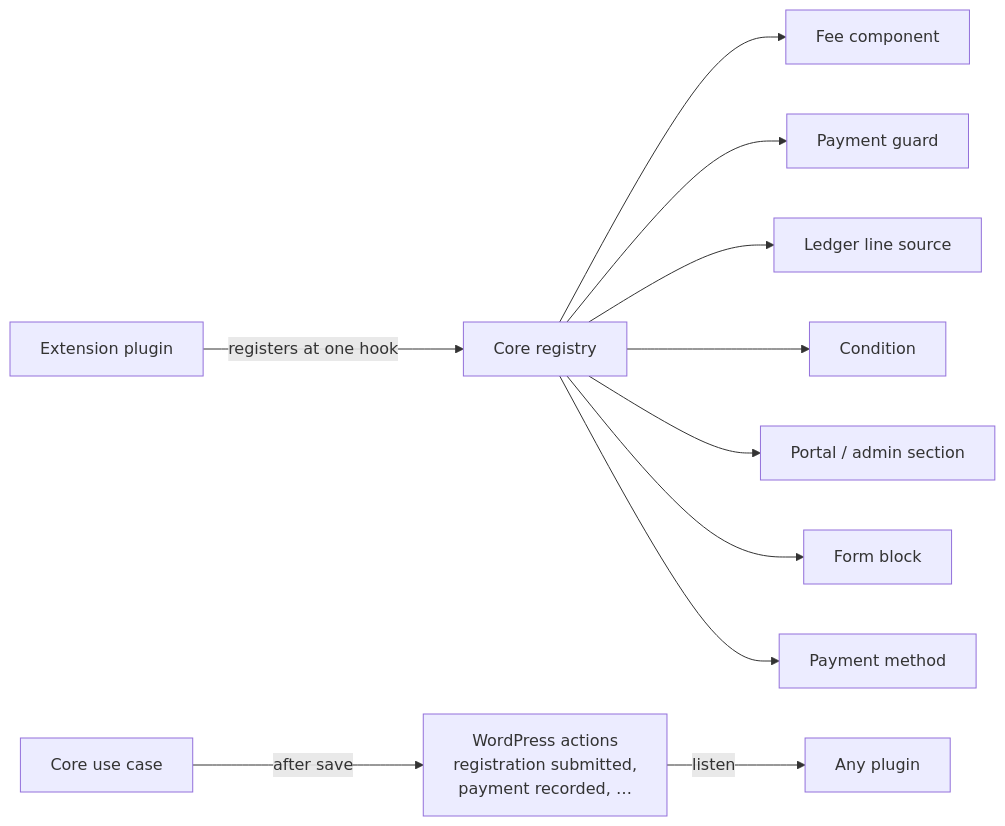
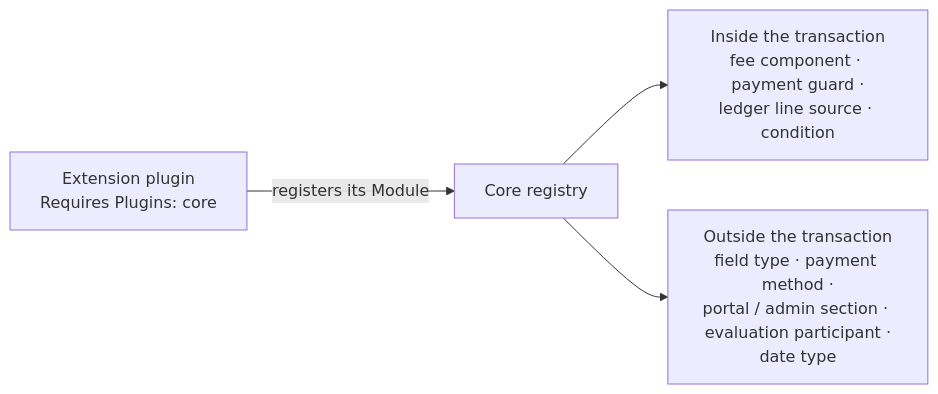
Before and after one commit to reformatus/kalaka: the seventh of 7 diagrams in docs/architecture.md, drawn with Mermaid. The commit also changed other lines of this file, not shown here.

First line of the commit message:
Architecture: update to decisions D-039 to D-077

````diff
--- a/docs/architecture.md
+++ b/docs/architecture.md
@@ -291,13 +455,6 @@
 ```mermaid
 flowchart LR
-  EP["Extension plugin"] -->|"registers at one hook"| REG["Core registry"]
-  REG --> T1["Fee component"]
-  REG --> T2["Payment guard"]
-  REG --> T3["Ledger line source"]
-  REG --> T4["Condition"]
-  REG --> T5["Portal / admin section"]
-  REG --> T6["Form block"]
-  REG --> T7["Payment method"]
-  UC["Core use case"] -->|"after save"| ACT["WordPress actions<br/>registration submitted,<br/>payment recorded, …"]
-  ACT -->|"listen"| ANY["Any plugin"]
+  EP["Extension plugin<br/>Requires Plugins: core"] -->|"registers its Module"| REG["Core registry"]
+  REG --> IN["Inside the transaction<br/>fee component · payment guard ·<br/>ledger line source · condition"]
+  REG --> OUT["Outside the transaction<br/>field type · payment method ·<br/>portal / admin section · evaluation participant ·<br/>date type"]
 ```
````
